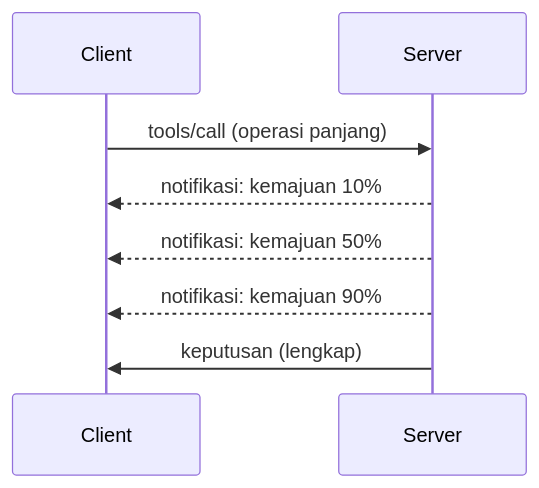
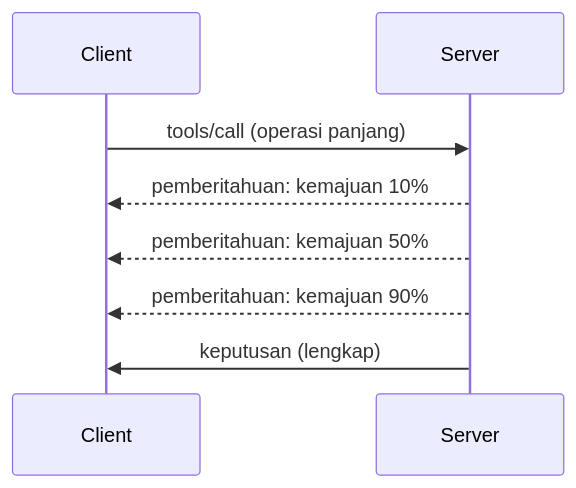
One commit to HIDORAKAI002/ai-workspace-archive changed the diagram in mcp_ecosystem__model_context_protocol/mcp_learning_resources/mcp-for-beginners/translations/ms/05-AdvancedTopics/mcp-protocol-features/README.md. Above: the diagram before and after it, drawn with Mermaid. The commit also changed other lines of this file and 1046 other files, not shown here.

````diff
--- a/mcp_ecosystem__model_context_protocol/mcp_learning_resources/mcp-for-beginners/translations/ms/05-AdvancedTopics/mcp-protocol-features/README.md
+++ b/mcp_ecosystem__model_context_protocol/mcp_learning_resources/mcp-for-beginners/translations/ms/05-AdvancedTopics/mcp-protocol-features/README.md
@@ -22,11 +24,11 @@
 ```mermaid
 sequenceDiagram
     participant Client
     participant Server
     
     Client->>Server: tools/call (operasi panjang)
-    Server-->>Client: notifikasi: kemajuan 10%
-    Server-->>Client: notifikasi: kemajuan 50%
-    Server-->>Client: notifikasi: kemajuan 90%
+    Server-->>Client: pemberitahuan: kemajuan 10%
+    Server-->>Client: pemberitahuan: kemajuan 50%
+    Server-->>Client: pemberitahuan: kemajuan 90%
     Server->>Client: keputusan (lengkap)
-```  
+```
````
